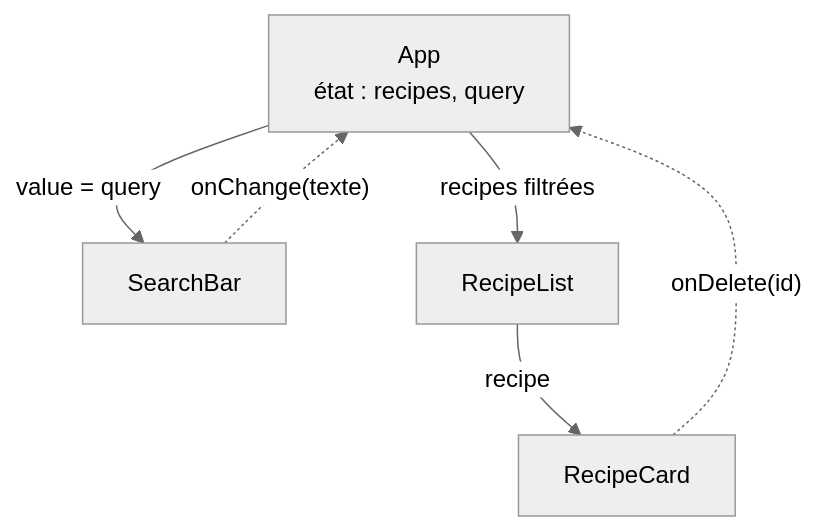
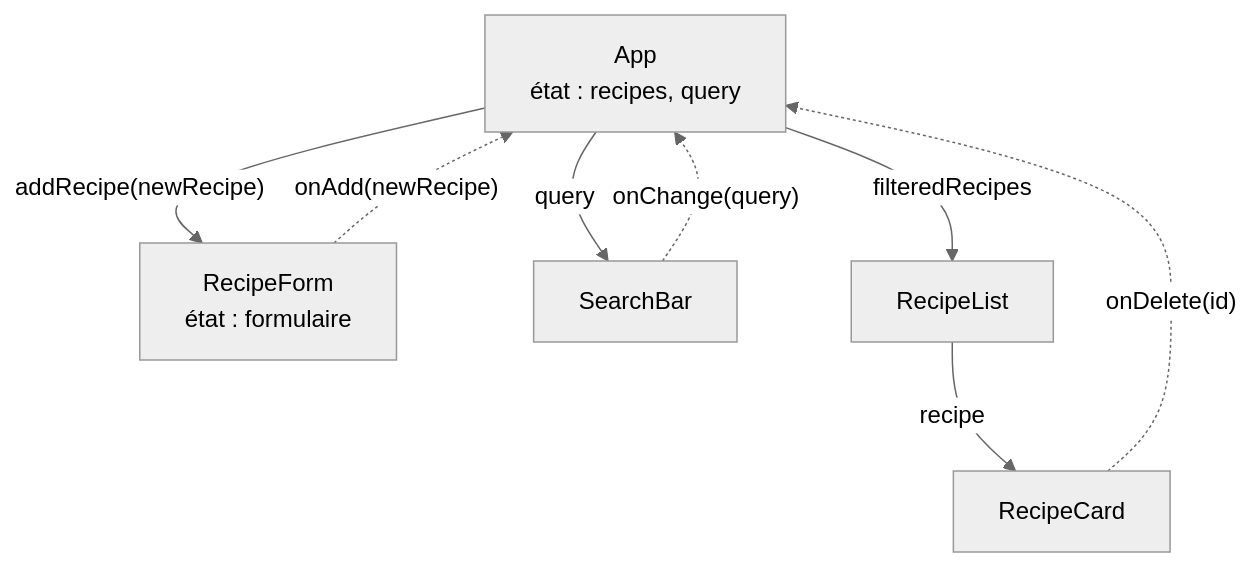
One commit to e-vinci/BINV2150A-slides changed the second of 2 diagrams in seance-14/slides.md. Above: the diagram before and after it, drawn with Mermaid (neutral theme). The commit also changed other lines of this file and 1 other file, not shown here.

Commit message:
feat: publish seance 14

````diff
--- a/seance-14/slides.md
+++ b/seance-14/slides.md
@@ -240,9 +240,12 @@
 ```mermaid
 flowchart TD
   App["App<br/>état : recipes, query"]
-  App -- "value = query" --> SearchBar
-  SearchBar -. "onChange(texte)" .-> App
-  App -- "recipes filtrées" --> RecipeList
+  RecipeForm["RecipeForm<br/>état : formulaire"]
+  App -- "query" --> SearchBar
+  SearchBar -. "onChange(query)" .-> App
+  App -- "filteredRecipes" --> RecipeList
   RecipeList -- "recipe" --> RecipeCard
   RecipeCard -. "onDelete(id)" .-> App
+  App -- "addRecipe(newRecipe)" --> RecipeForm
+  RecipeForm -. "onAdd(newRecipe)" .-> App
 ```
````
